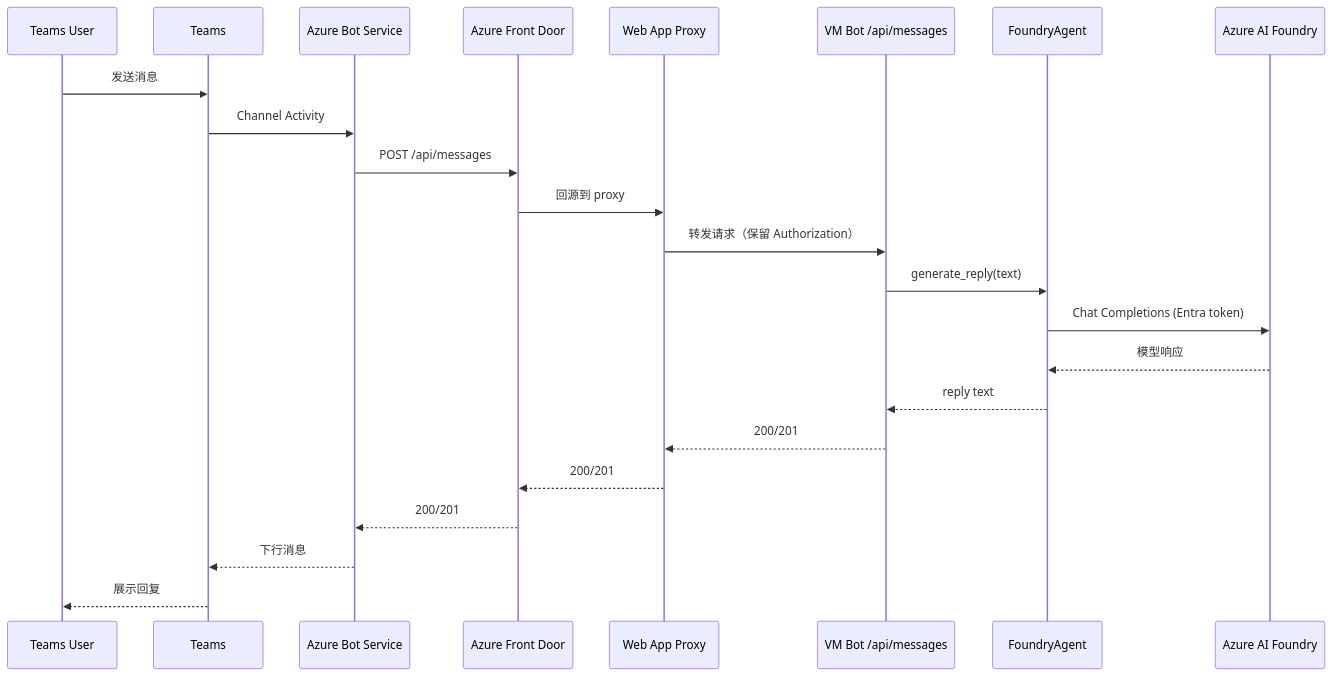
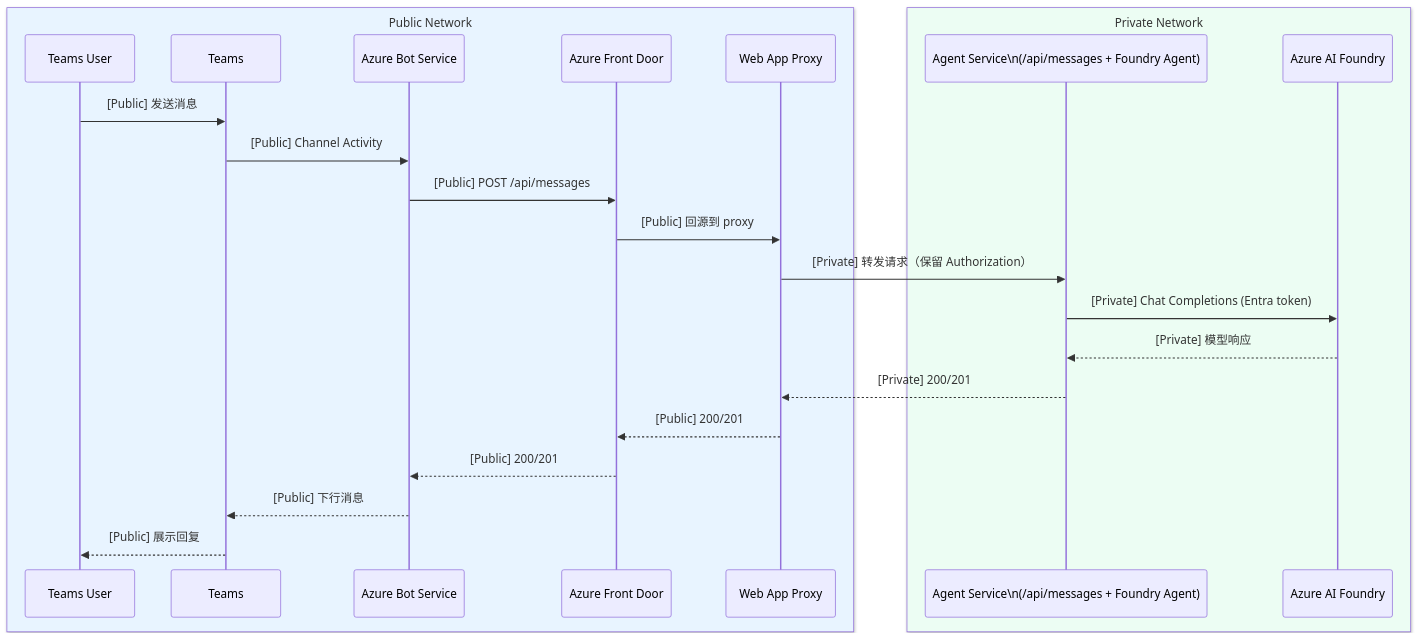
One commit to gaussye/teams-app changed the second of 2 diagrams in README.md. Above: the diagram before and after it, drawn with Mermaid. The commit also changed other lines of this file, not shown here.

Commit message:
docs: refine architecture flow diagram grouping

````diff
--- a/README.md
+++ b/README.md
@@ -54,26 +61,28 @@
 ```mermaid
 sequenceDiagram
+  box rgb(232, 244, 255) Public Network
     participant User as Teams User
     participant Teams as Teams
     participant BotSvc as Azure Bot Service
     participant AFD as Azure Front Door
     participant Proxy as Web App Proxy
-    participant VM as VM Bot /api/messages
-    participant Agent as FoundryAgent
+  end
+
+  box rgb(236, 253, 243) Private Network
+    participant AgentSvc as Agent Service\n(/api/messages + Foundry Agent)
     participant Foundry as Azure AI Foundry
+  end
 
-    User->>Teams: 发送消息
-    Teams->>BotSvc: Channel Activity
-    BotSvc->>AFD: POST /api/messages
-    AFD->>Proxy: 回源到 proxy
-    Proxy->>VM: 转发请求（保留 Authorization）
-    VM->>Agent: generate_reply(text)
-    Agent->>Foundry: Chat Completions (Entra token)
-    Foundry-->>Agent: 模型响应
-    Agent-->>VM: reply text
-    VM-->>Proxy: 200/201
-    Proxy-->>AFD: 200/201
-    AFD-->>BotSvc: 200/201
-    BotSvc-->>Teams: 下行消息
-    Teams-->>User: 展示回复
+  User->>Teams: [Public] 发送消息
+  Teams->>BotSvc: [Public] Channel Activity
+  BotSvc->>AFD: [Public] POST /api/messages
+  AFD->>Proxy: [Public] 回源到 proxy
+  Proxy->>AgentSvc: [Private] 转发请求（保留 Authorization）
+  AgentSvc->>Foundry: [Private] Chat Completions (Entra token)
+  Foundry-->>AgentSvc: [Private] 模型响应
+  AgentSvc-->>Proxy: [Private] 200/201
+  Proxy-->>AFD: [Public] 200/201
+  AFD-->>BotSvc: [Public] 200/201
+  BotSvc-->>Teams: [Public] 下行消息
+  Teams-->>User: [Public] 展示回复
 ```
````
